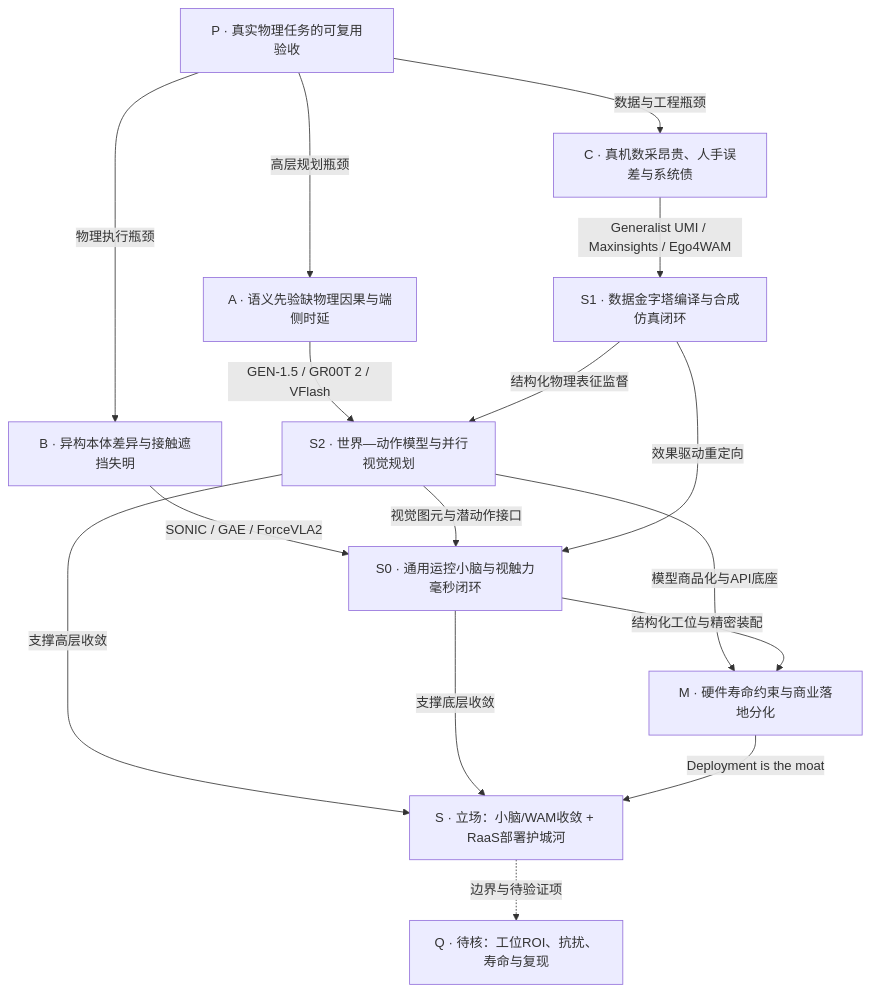
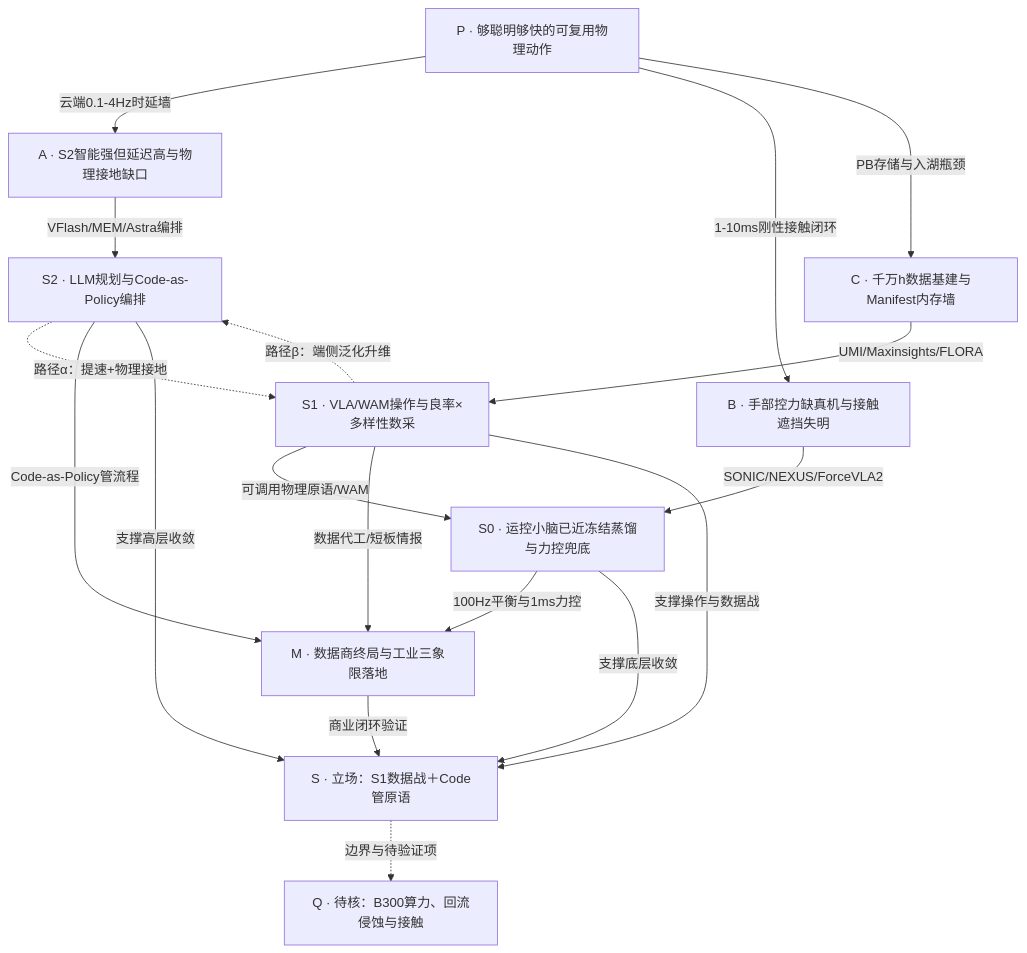
The diagram in 具身智能/逻辑演变.mmd (mojojolite-sketch/mojojolite-sketch.github.io), drawn with Mermaid before and after one commit. The commit also changed 45 other files, not shown here.

```diff
--- a/具身智能/逻辑演变.mmd
+++ b/具身智能/逻辑演变.mmd
@@ -1,26 +1,28 @@
 flowchart TB
- P["P · 真实物理任务的可复用验收"]
- A["A · 语义先验缺物理因果与端侧时延"]
- B["B · 异构本体差异与接触遮挡失明"]
- C["C · 真机数采昂贵、人手误差与系统债"]
- S2["S2 · 世界—动作模型与并行视觉规划"]
- S1["S1 · 数据金字塔编译与合成仿真闭环"]
- S0["S0 · 通用运控小脑与视触力毫秒闭环"]
- M["M · 硬件寿命约束与商业落地分化"]
- S["S · 立场：小脑/WAM收敛 + RaaS部署护城河"]
- Q["Q · 待核：工位ROI、抗扰、寿命与复现"]
- P -->|"高层规划瓶颈"| A
- P -->|"物理执行瓶颈"| B
- P -->|"数据与工程瓶颈"| C
- A -->|"GEN-1.5 / GR00T 2 / VFlash"| S2
- C -->|"Generalist UMI / Maxinsights / Ego4WAM"| S1
- B -->|"SONIC / GAE / ForceVLA2"| S0
- S2 -->|"视觉图元与潜动作接口"| S0
- S1 -->|"结构化物理表征监督"| S2
- S1 -->|"效果驱动重定向"| S0
- S2 -->|"模型商品化与API底座"| M
- S0 -->|"结构化工位与精密装配"| M
+ P["P · 够聪明够快的可复用物理动作"]
+ A["A · S2智能强但延迟高与物理接地缺口"]
+ B["B · 手部控力缺真机与接触遮挡失明"]
+ C["C · 千万h数据基建与Manifest内存墙"]
+ S2["S2 · LLM规划与Code-as-Policy编排"]
+ S1["S1 · VLA/WAM操作与良率×多样性数采"]
+ S0["S0 · 运控小脑已近冻结蒸馏与力控兜底"]
+ M["M · 数据商终局与工业三象限落地"]
+ S["S · 立场：S1数据战＋Code管原语"]
+ Q["Q · 待核：B300算力、回流侵蚀与接触"]
+ P -->|"云端0.1-4Hz时延墙"| A
+ P -->|"1-10ms刚性接触闭环"| B
+ P -->|"PB存储与入湖瓶颈"| C
+ A -->|"VFlash/MEM/Astra编排"| S2
+ C -->|"UMI/Maxinsights/FLORA"| S1
+ B -->|"SONIC/NEXUS/ForceVLA2"| S0
+ S2 -.->|"路径α：提速+物理接地"| S1
+ S1 -.->|"路径β：端侧泛化升维"| S2
+ S2 -->|"Code-as-Policy管流程"| M
+ S1 -->|"可调用物理原语/WAM"| S0
+ S1 -->|"数据代工/短板情报"| M
+ S0 -->|"100Hz平衡与1ms力控"| M
  S2 -->|"支撑高层收敛"| S
+ S1 -->|"支撑操作与数据战"| S
  S0 -->|"支撑底层收敛"| S
- M -->|"Deployment is the moat"| S
+ M -->|"商业闭环验证"| S
  S -.->|"边界与待验证项"| Q
```
